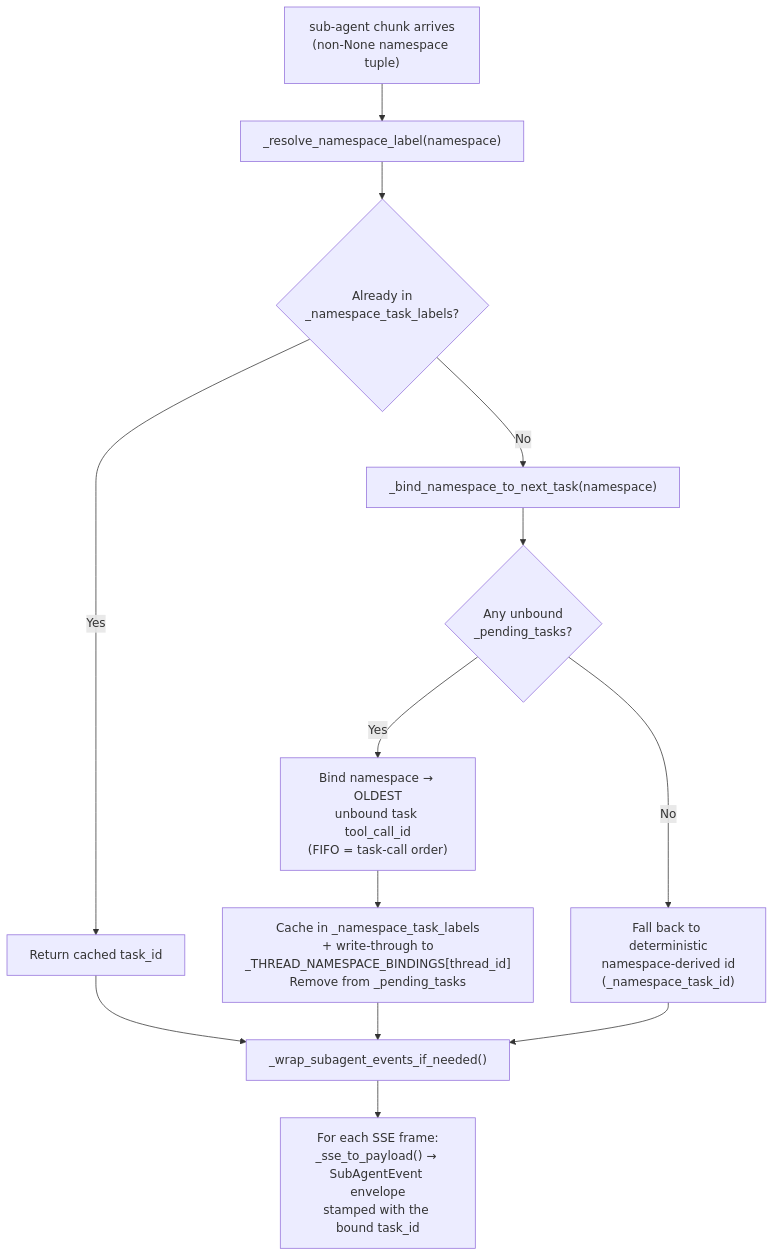
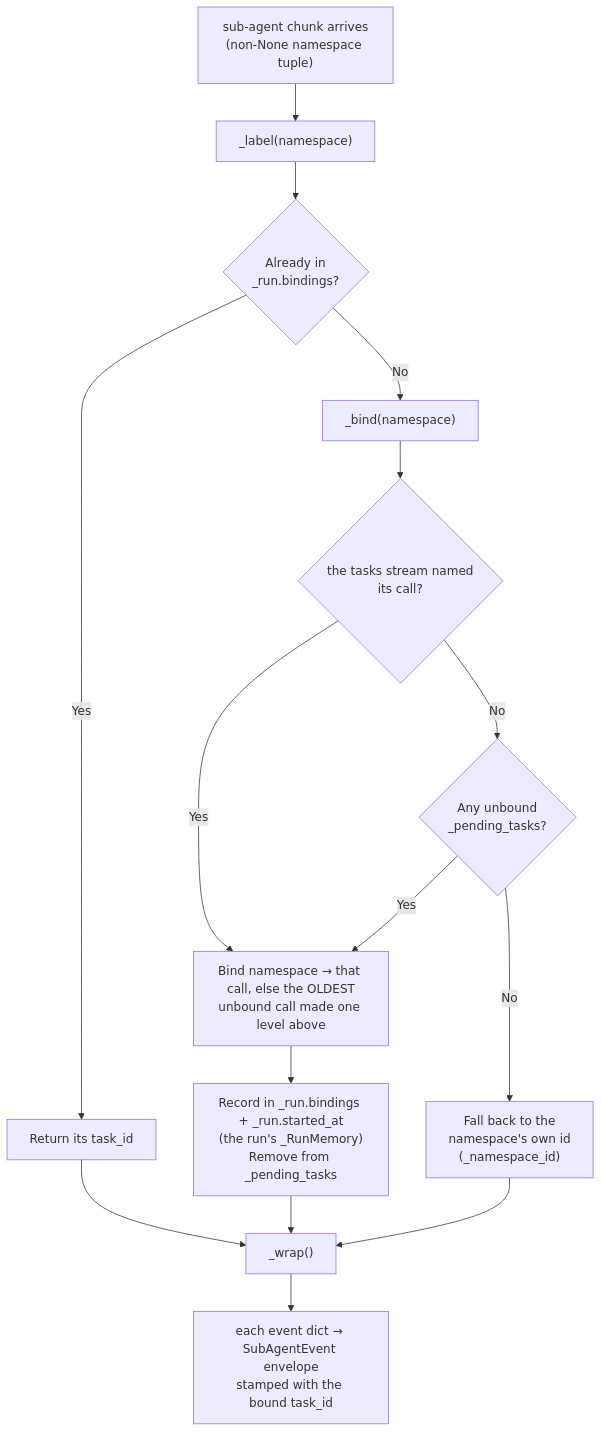
One commit to konstantinosmpouros/mAgenticX changed the fifth of 10 diagrams in docs/development/agui-protocol.md. Above: the diagram before and after it, drawn with Mermaid. The commit also changed other lines of this file and 30 other files, not shown here.

Commit message:
refactor(agents): halve the AG-UI normalizer and emitter, send well-ordered thinking and text lifecycles, read every provider's reasoning and text, and let LangGraph nodes and workflows write events through send

````diff
--- a/docs/development/agui-protocol.md
+++ b/docs/development/agui-protocol.md
@@ -434,13 +423,15 @@
 ```mermaid
 flowchart TD
-    A["sub-agent chunk arrives<br/>(non-None namespace tuple)"] --> B["_resolve_namespace_label(namespace)"]
-    B --> C{Already in<br/>_namespace_task_labels?}
-    C -->|Yes| D["Return cached task_id"]
-    C -->|No| E["_bind_namespace_to_next_task(namespace)"]
-    E --> F{Any unbound<br/>_pending_tasks?}
-    F -->|No| G["Fall back to deterministic<br/>namespace-derived id<br/>(_namespace_task_id)"]
-    F -->|Yes| H["Bind namespace → OLDEST<br/>unbound task tool_call_id<br/>(FIFO = task-call order)"]
-    H --> I["Cache in _namespace_task_labels<br/>+ write-through to<br/>_THREAD_NAMESPACE_BINDINGS[thread_id]<br/>Remove from _pending_tasks"]
-    D & I & G --> K["_wrap_subagent_events_if_needed()"]
-    K --> L["For each SSE frame:<br/>_sse_to_payload() → SubAgentEvent envelope<br/>stamped with the bound task_id"]
+    A["sub-agent chunk arrives<br/>(non-None namespace tuple)"] --> B["_label(namespace)"]
+    B --> C{Already in<br/>_run.bindings?}
+    C -->|Yes| D["Return its task_id"]
+    C -->|No| E["_bind(namespace)"]
+    E --> T{"the tasks stream named<br/>its call?"}
+    T -->|Yes| H
+    T -->|No| F{Any unbound<br/>_pending_tasks?}
+    F -->|No| G["Fall back to the<br/>namespace's own id<br/>(_namespace_id)"]
+    F -->|Yes| H["Bind namespace → that call, else the OLDEST<br/>unbound call made one level above"]
+    H --> I["Record in _run.bindings + _run.started_at<br/>(the run's _RunMemory)<br/>Remove from _pending_tasks"]
+    D & I & G --> K["_wrap()"]
+    K --> L["each event dict → SubAgentEvent envelope<br/>stamped with the bound task_id"]
 ```
````
